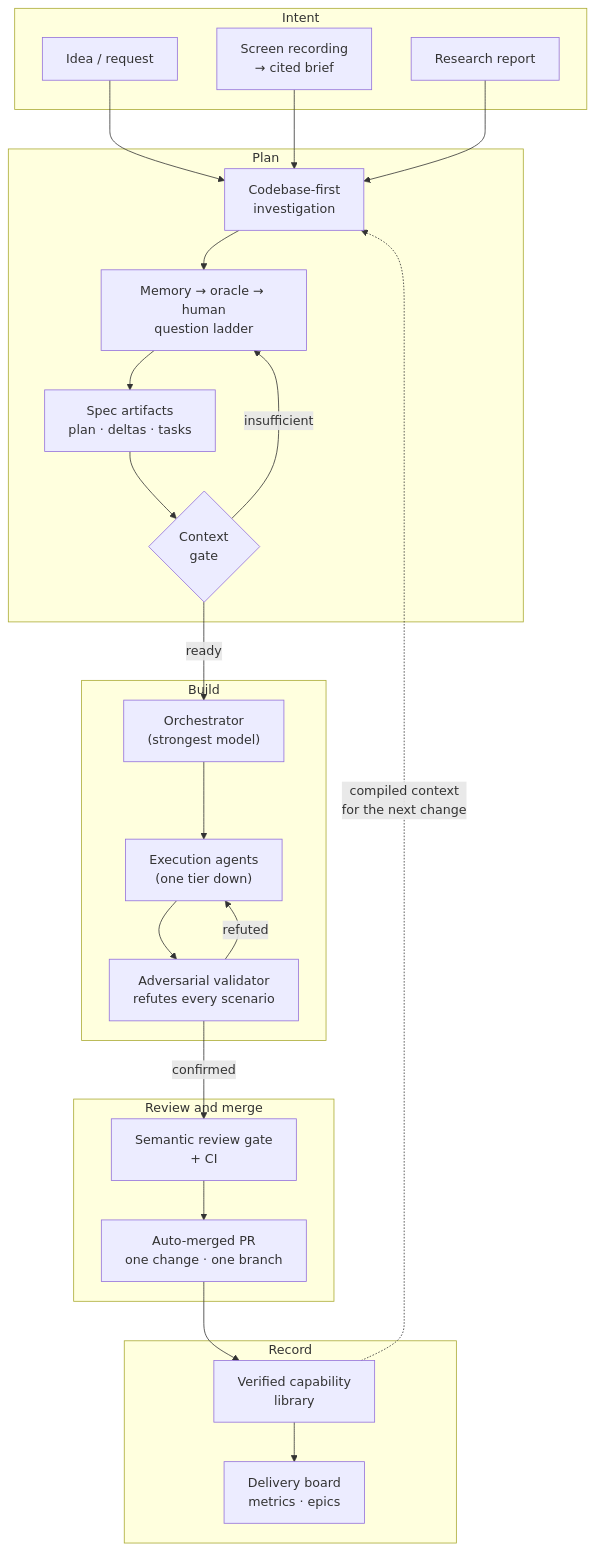
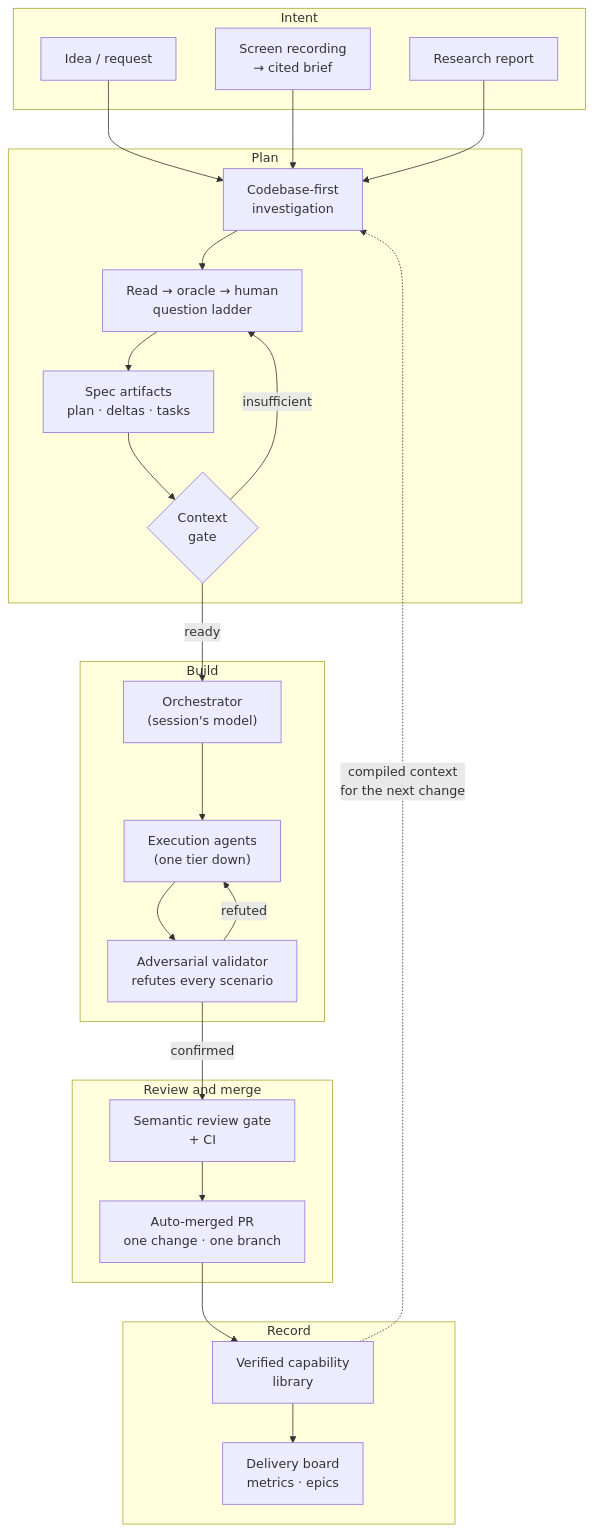
One commit to shipd-now/shipd changed the diagram in docs/what-is-shipd.md. Above: the diagram before and after it, drawn with Mermaid. The commit also changed other lines of this file and 39 other files, not shown here.

````diff
--- a/docs/what-is-shipd.md
+++ b/docs/what-is-shipd.md
@@ -38,43 +38,43 @@
 ```mermaid
 flowchart TD
     subgraph intent [Intent]
         idea["Idea / request"]
         video["Screen recording<br/>→ cited brief"]
         research["Research report"]
     end
 
     subgraph plan [Plan]
         investigate["Codebase-first<br/>investigation"]
-        ladder["Memory → oracle → human<br/>question ladder"]
+        ladder["Read → oracle → human<br/>question ladder"]
         spec["Spec artifacts<br/>plan · deltas · tasks"]
         gate{"Context<br/>gate"}
     end
 
     subgraph build [Build]
-        orch["Orchestrator<br/>(strongest model)"]
+        orch["Orchestrator<br/>(session's model)"]
         agents["Execution agents<br/>(one tier down)"]
         validator["Adversarial validator<br/>refutes every scenario"]
     end
 
     subgraph ship [Review and merge]
         review["Semantic review gate<br/>+ CI"]
         pr["Auto-merged PR<br/>one change · one branch"]
     end
 
     subgraph record [Record]
         library["Verified capability<br/>library"]
         board["Delivery board<br/>metrics · epics"]
     end
 
     idea --> investigate
     video --> investigate
     research --> investigate
     investigate --> ladder --> spec --> gate
     gate -- ready --> orch
     gate -- insufficient --> ladder
     orch --> agents --> validator
     validator -- refuted --> agents
     validator -- confirmed --> review --> pr
     pr --> library --> board
     library -. "compiled context<br/>for the next change" .-> investigate
 ```
````
